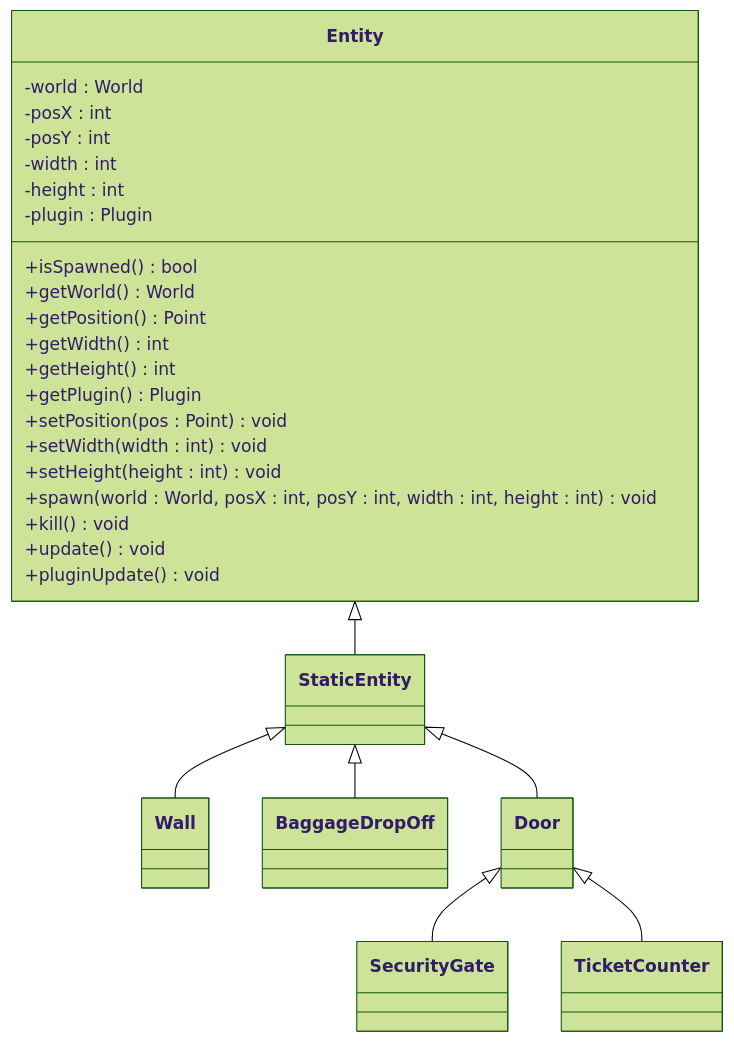
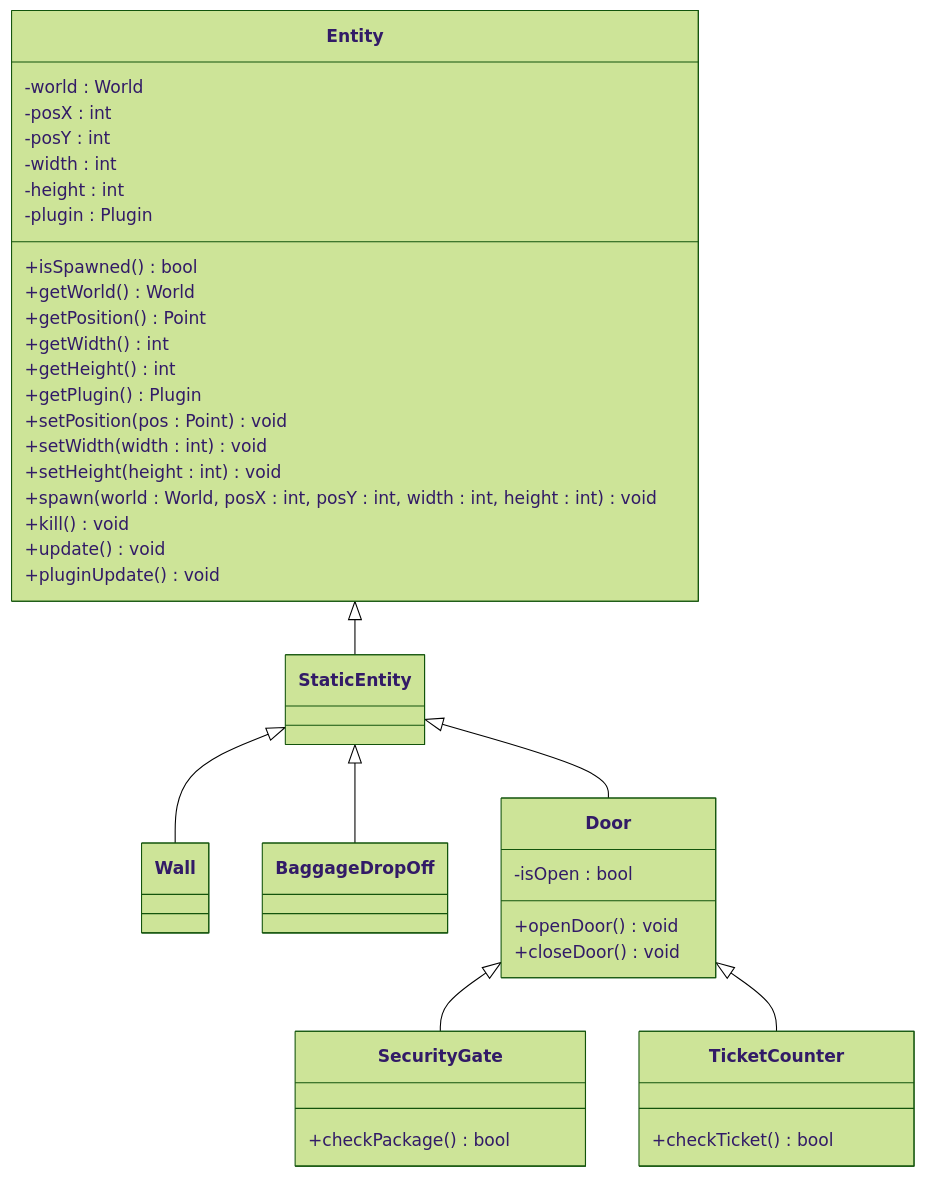
Before and after one commit to moritzrfs/AirportAgent-Objekte: the second of 2 diagrams in README.md, drawn with Mermaid (forest theme). The commit also changed other lines of this file, not shown here.

Commit message:
added classes

````diff
--- a/README.md
+++ b/README.md
@@ -74,32 +70,45 @@
 ```mermaid
 classDiagram
 Entity <|-- StaticEntity 
 StaticEntity <|-- Wall
 StaticEntity <|-- BaggageDropOff
 StaticEntity <|-- Door
 Door <|-- SecurityGate
 Door <|-- TicketCounter
 
 class Entity{
   -world : World
   -posX : int
   -posY : int
   -width : int
   -height : int
   -plugin : Plugin
   +isSpawned() bool
   +getWorld() World
   +getPosition() Point
   +getWidth() int
   +getHeight() int
   +getPlugin() Plugin
   +setPosition(pos : Point) void
   +setWidth(width : int) void
   +setHeight(height : int) void
   +spawn(world : World, posX : int, posY : int, width : int, height : int) void
   +kill() void
   +update() void
   +pluginUpdate() void
 }
 
+class Door{
+  -isOpen : bool
+  +openDoor() void
+  +closeDoor() void
+}
+
+class SecurityGate{
+  +checkPackage() bool
+}
+
+class TicketCounter{
+  +checkTicket() bool
+}
 ```
````
